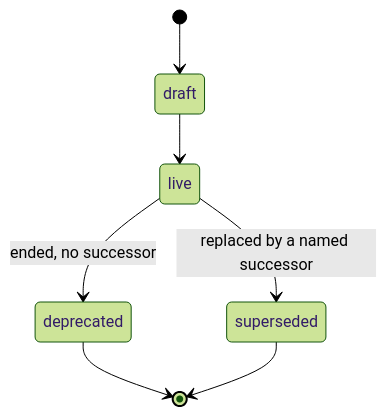
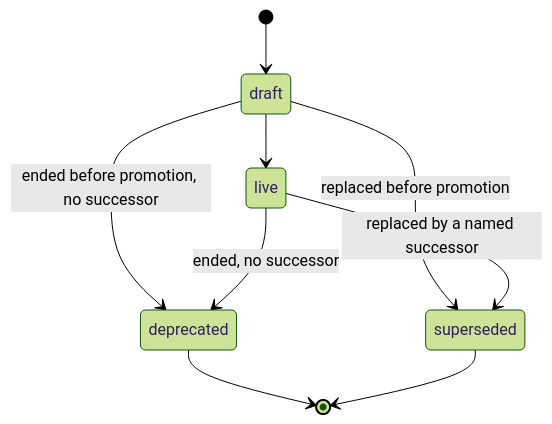
One commit to daniel-ospina/tortoise changed the first of 3 diagrams in docs/plans/2026-11-15-state-lifecycle-and-pipelines.md. Above: the diagram before and after it, drawn with Mermaid (forest theme). The commit also changed other lines of this file, not shown here.

````diff
--- a/docs/plans/2026-11-15-state-lifecycle-and-pipelines.md
+++ b/docs/plans/2026-11-15-state-lifecycle-and-pipelines.md
@@ -57,9 +57,11 @@
 ```mermaid
 stateDiagram-v2
     [*] --> draft
     draft --> live
+    draft --> deprecated : ended before promotion, no successor
+    draft --> superseded : replaced before promotion
     live --> deprecated : ended, no successor
     live --> superseded : replaced by a named successor
     deprecated --> [*]
     superseded --> [*]
 ```
````
